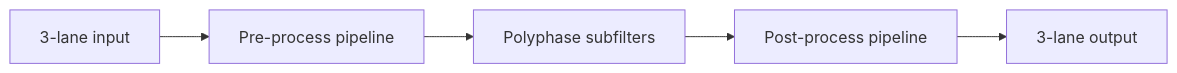
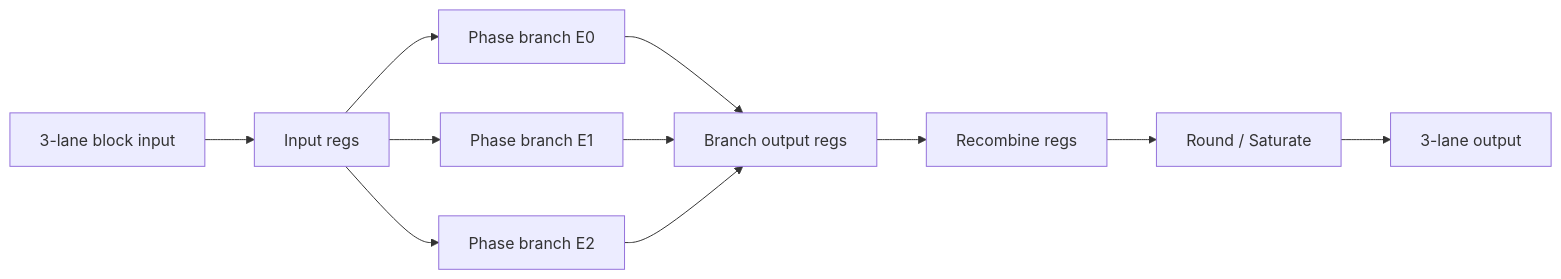
The diagram in docs/assets/dfg/l3_pipeline.mmd (AIALRA-0/FIR-Lowpass-Filter), drawn with Mermaid before and after one commit. The commit also changed 88 other files, not shown here.

```diff
--- a/docs/assets/dfg/l3_pipeline.mmd
+++ b/docs/assets/dfg/l3_pipeline.mmd
@@ -1,5 +1,11 @@
 flowchart LR
-    IN[3-lane input] --> PRE[Pre-process pipeline]
-    PRE --> SUB[Polyphase subfilters]
-    SUB --> POST[Post-process pipeline]
-    POST --> OUT[3-lane output]
+    IN[3-lane block input] --> INREG[Input regs]
+    INREG --> E0[Phase branch E0]
+    INREG --> E1[Phase branch E1]
+    INREG --> E2[Phase branch E2]
+    E0 --> BREG[Branch output regs]
+    E1 --> BREG
+    E2 --> BREG
+    BREG --> RREG[Recombine regs]
+    RREG --> QS[Round / Saturate]
+    QS --> OUT[3-lane output]
```
